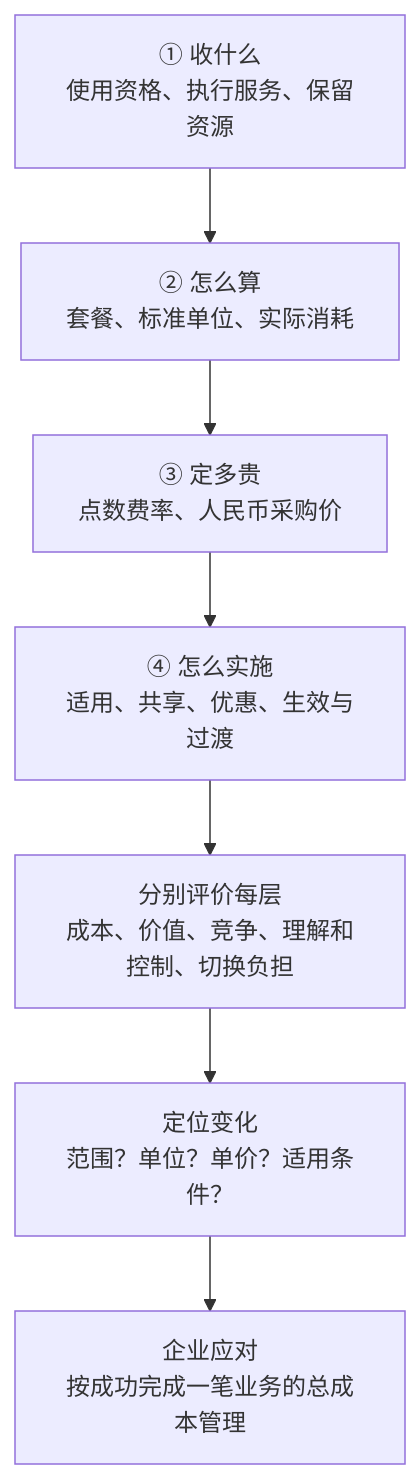
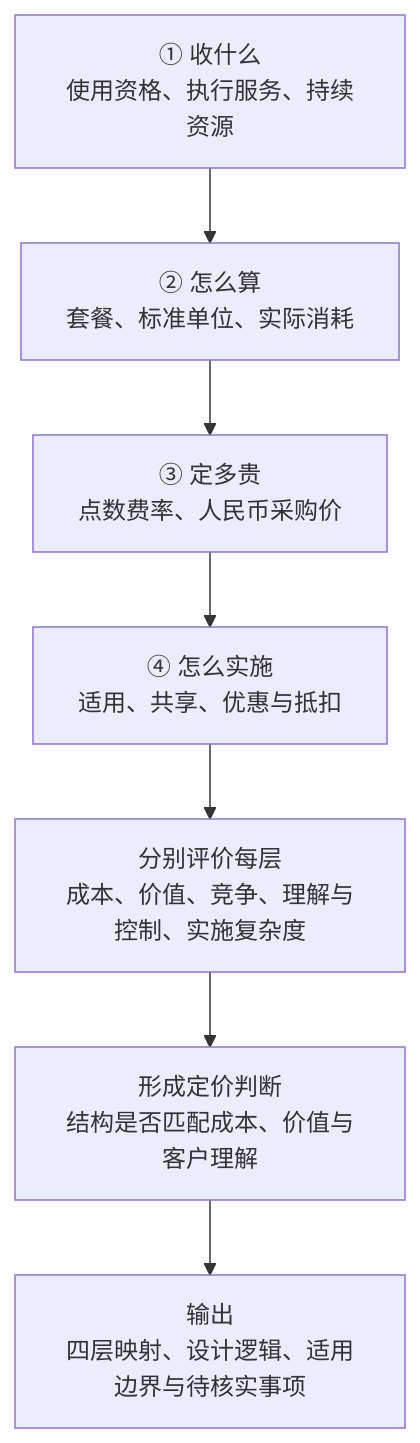
One commit to yue940209/AI-pricing-logic changed the first of 3 diagrams in references/framework.md. Above: the diagram before and after it, drawn with Mermaid. The commit also changed other lines of this file, not shown here.

````diff
--- a/references/framework.md
+++ b/references/framework.md
@@ -5,9 +5,9 @@
 ```mermaid
 flowchart TD
-    A[① 收什么<br/>使用资格、执行服务、保留资源] --> B[② 怎么算<br/>套餐、标准单位、实际消耗]
+    A[① 收什么<br/>使用资格、执行服务、持续资源] --> B[② 怎么算<br/>套餐、标准单位、实际消耗]
     B --> C[③ 定多贵<br/>点数费率、人民币采购价]
-    C --> D[④ 怎么实施<br/>适用、共享、优惠、生效与过渡]
-    D --> E[分别评价每层<br/>成本、价值、竞争、理解和控制、切换负担]
-    E --> F[定位变化<br/>范围？单位？单价？适用条件？]
-    F --> G[企业应对<br/>按成功完成一笔业务的总成本管理]
+    C --> D[④ 怎么实施<br/>适用、共享、优惠与抵扣]
+    D --> E[分别评价每层<br/>成本、价值、竞争、理解与控制、实施复杂度]
+    E --> F[形成定价判断<br/>结构是否匹配成本、价值与客户理解]
+    F --> G[输出<br/>四层映射、设计逻辑、适用边界与待核实事项]
 ```
````
